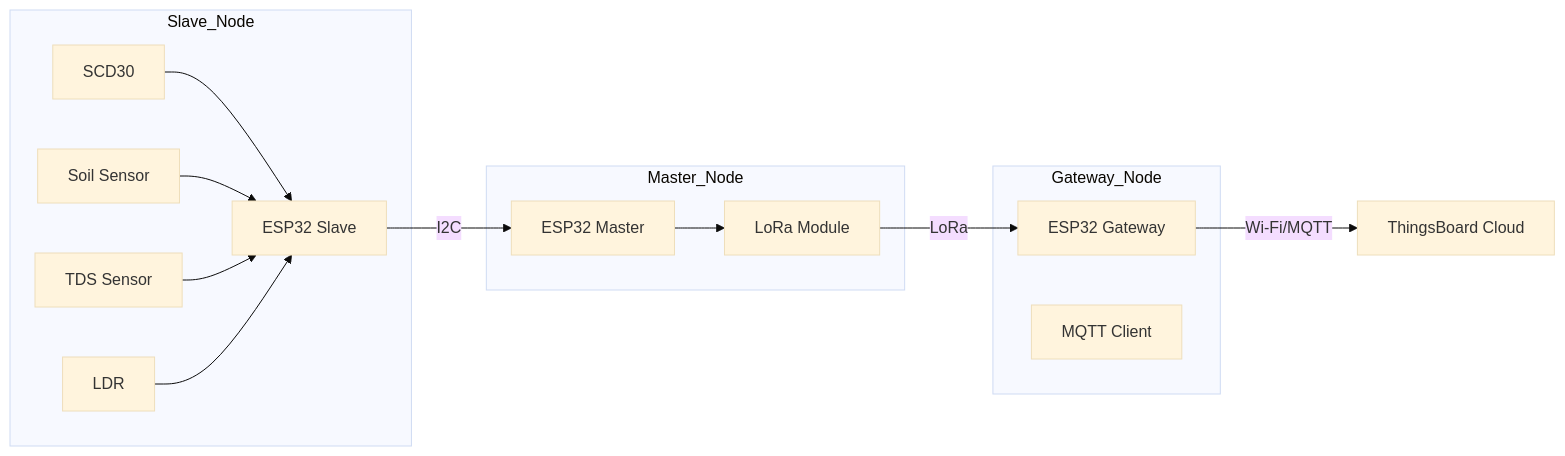
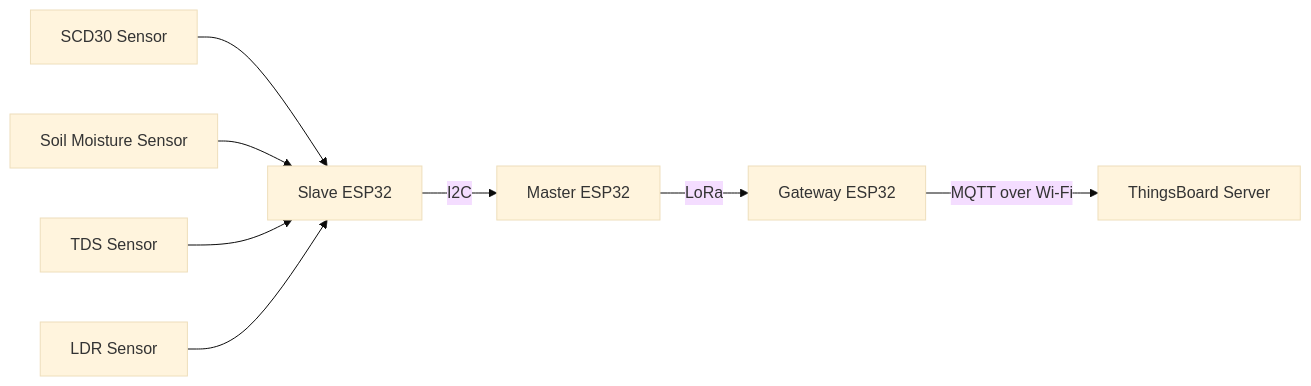
Before and after one commit to sanjnaa13/Master_Thesis: the second of 2 diagrams in README.md, drawn with Mermaid (base theme). The commit also changed other lines of this file, not shown here.

First line of the commit message:
Enhance README with diagrams and flowcharts

````diff
--- a/README.md
+++ b/README.md
@@ -251,35 +120,23 @@
 ```mermaid
 flowchart LR
 
-subgraph Slave_Node
-S1[SCD30]
-S2[Soil Sensor]
+S1[SCD30 Sensor]
+S2[Soil Moisture Sensor]
 S3[TDS Sensor]
-S4[LDR]
-ESP1[ESP32 Slave]
-end
+S4[LDR Sensor]
 
-subgraph Master_Node
-ESP2[ESP32 Master]
-L1[LoRa Module]
-end
+ESP1[Slave ESP32]
+ESP2[Master ESP32]
+ESP3[Gateway ESP32]
 
-subgraph Gateway_Node
-ESP3[ESP32 Gateway]
-MQTT[MQTT Client]
-end
-
-TB[ThingsBoard Cloud]
+TB[ThingsBoard Server]
 
 S1 --> ESP1
 S2 --> ESP1
 S3 --> ESP1
 S4 --> ESP1
 
 ESP1 -- I2C --> ESP2
-ESP2 --> L1
-
-L1 -- LoRa --> ESP3
-
-ESP3 -- Wi-Fi/MQTT --> TB
+ESP2 -- LoRa --> ESP3
+ESP3 -- MQTT over Wi-Fi --> TB
 ```
````
